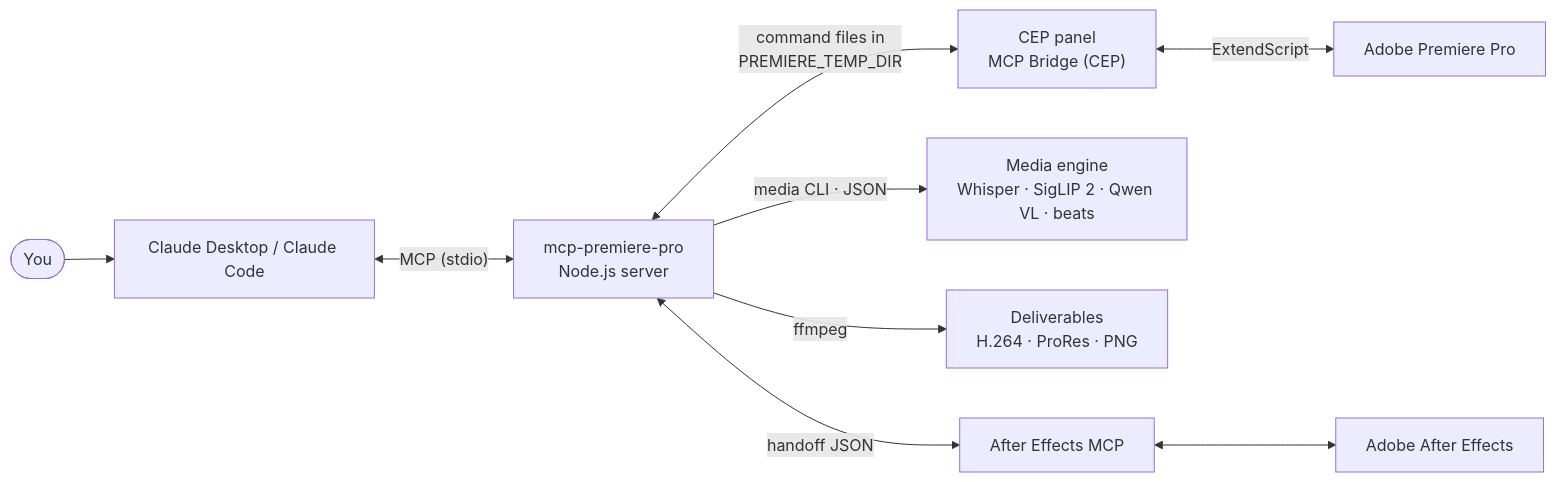
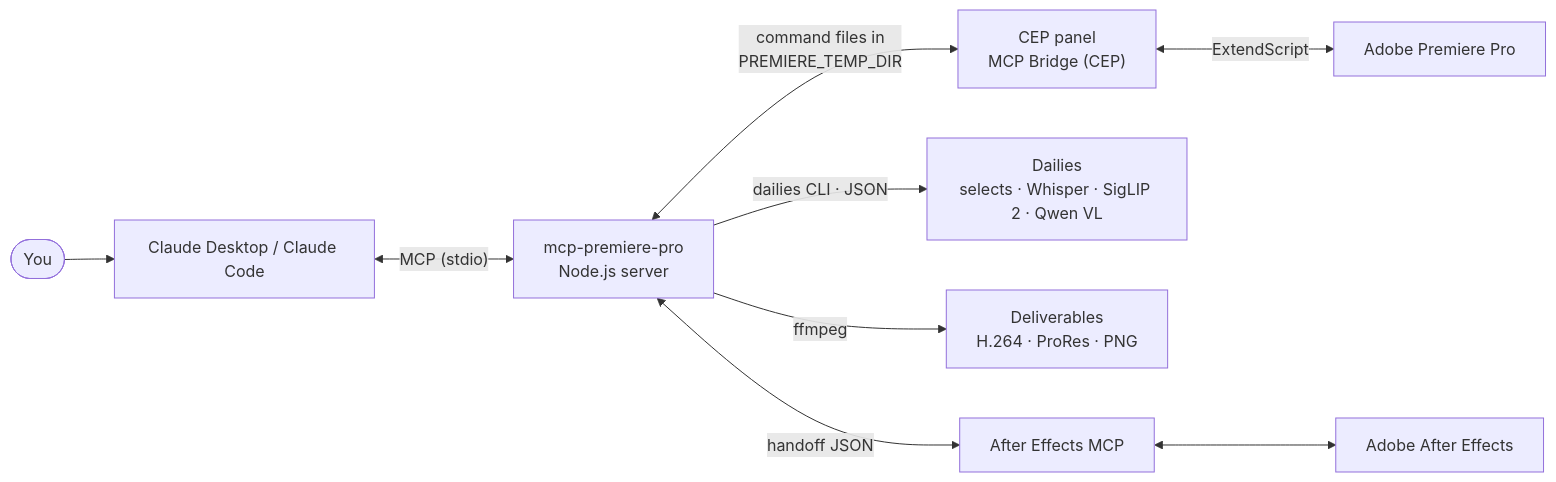
Before and after one commit to Miinwan/mcp-premiere-pro: the diagram in README.md, drawn with Mermaid. The commit also changed other lines of this file and 5 other files, not shown here.

First line of the commit message:
score_footage: footage selects through Dailies; engine renamed to Dailies

````diff
--- a/README.md
+++ b/README.md
@@ -50,11 +51,11 @@
 ```mermaid
 flowchart LR
     you(["You"]) --> claude["Claude Desktop / Claude Code"]
     claude <-->|"MCP (stdio)"| server["mcp-premiere-pro<br/>Node.js server"]
     server <-->|"command files in<br/>PREMIERE_TEMP_DIR"| panel["CEP panel<br/>MCP Bridge (CEP)"]
     panel <-->|ExtendScript| ppro["Adobe Premiere Pro"]
-    server -->|"media CLI · JSON"| media["Media engine<br/>Whisper · SigLIP 2 · Qwen VL · beats"]
+    server -->|"dailies CLI · JSON"| media["Dailies<br/>selects · Whisper · SigLIP 2 · Qwen VL"]
     server -->|ffmpeg| out["Deliverables<br/>H.264 · ProRes · PNG"]
     server <-->|"handoff JSON"| ae["After Effects MCP"]
     ae <--> aepp["Adobe After Effects"]
 ```
````
